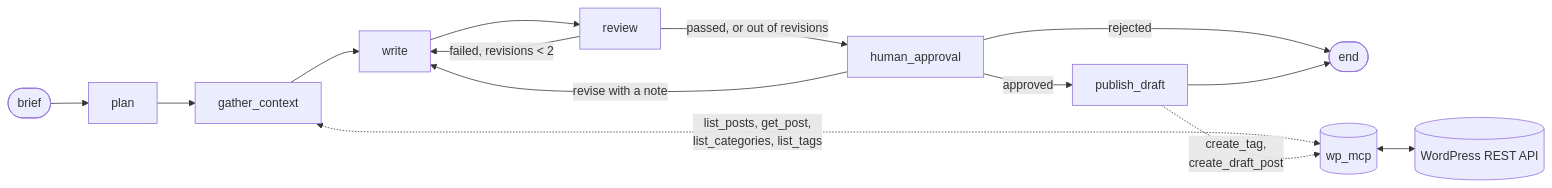
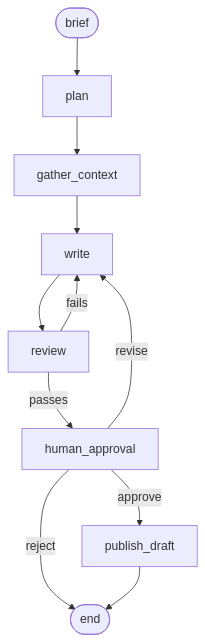
Before and after one commit to reeenatamc/wp-content-agent: the diagram in README.md, drawn with Mermaid. The commit also changed other lines of this file, not shown here.

Commit message:
docs: simplify the README graph diagram

````diff
--- a/README.md
+++ b/README.md
@@ -18,17 +18,10 @@
 ```mermaid
-flowchart LR
-    brief([brief]) --> plan
-    plan --> gather_context
-    gather_context --> write
-    write --> review
-    review -- "failed, revisions < 2" --> write
-    review -- "passed, or out of revisions" --> human_approval
-    human_approval -- approved --> publish_draft
-    human_approval -- "revise with a note" --> write
-    human_approval -- rejected --> done([end])
+flowchart TD
+    brief([brief]) --> plan --> gather_context --> write --> review
+    review -- fails --> write
+    review -- passes --> human_approval
+    human_approval -- revise --> write
+    human_approval -- approve --> publish_draft
+    human_approval -- reject --> done([end])
     publish_draft --> done
-
-    gather_context <-. "list_posts, get_post,<br/>list_categories, list_tags" .-> mcp[(wp_mcp)]
-    publish_draft -. "create_tag,<br/>create_draft_post" .-> mcp
-    mcp <--> wp[(WordPress REST API)]
 ```
````
